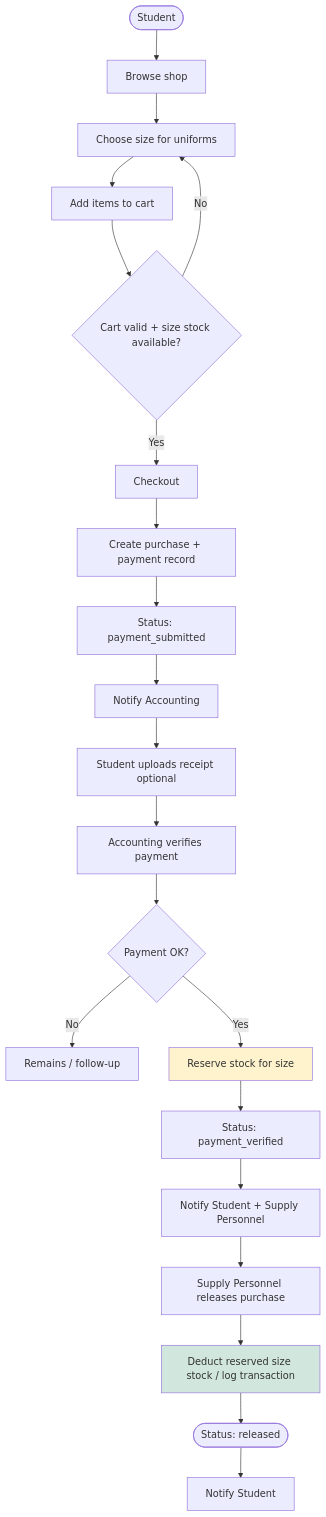
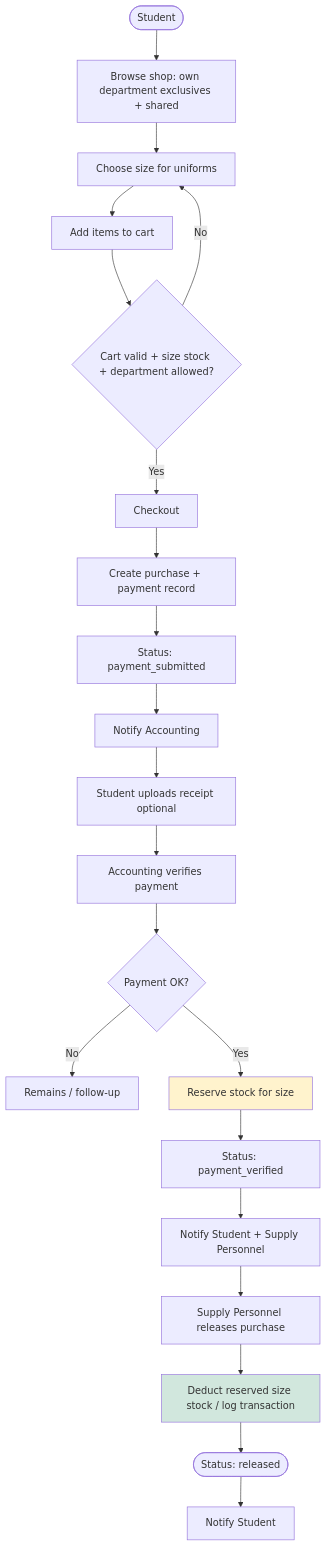
The third of 9 diagrams in docs/FLOWCHART.md (rhems95/PECIT-Smart-Inventory-System), drawn with Mermaid before and after one commit. The commit also changed other lines of this file and 55 other files, not shown here.

First line of the commit message:
Add stock card, suppliers, and CCS academic department exclusivity.

````diff
--- a/docs/FLOWCHART.md
+++ b/docs/FLOWCHART.md
@@ -90,26 +90,26 @@
 ```mermaid
 flowchart TD
-    A([Student]) --> B[Browse shop]
+    A([Student]) --> B[Browse shop: own department exclusives + shared]
     B --> C[Choose size for uniforms]
     C --> D[Add items to cart]
-    D --> E{Cart valid + size stock available?}
+    D --> E{Cart valid + size stock + department allowed?}
     E -->|No| C
     E -->|Yes| F[Checkout]
     F --> G[Create purchase + payment record]
     G --> H[Status: payment_submitted]
     H --> I[Notify Accounting]
     I --> J[Student uploads receipt optional]
     J --> K[Accounting verifies payment]
     K --> L{Payment OK?}
     L -->|No| M[Remains / follow-up]
     L -->|Yes| N[Reserve stock for size]
     N --> O[Status: payment_verified]
     O --> P[Notify Student + Supply Personnel]
     P --> Q[Supply Personnel releases purchase]
     Q --> R[Deduct reserved size stock / log transaction]
     R --> S([Status: released])
     S --> T[Notify Student]
 
     style N fill:#fff3cd
     style R fill:#d1e7dd
 ```
````
